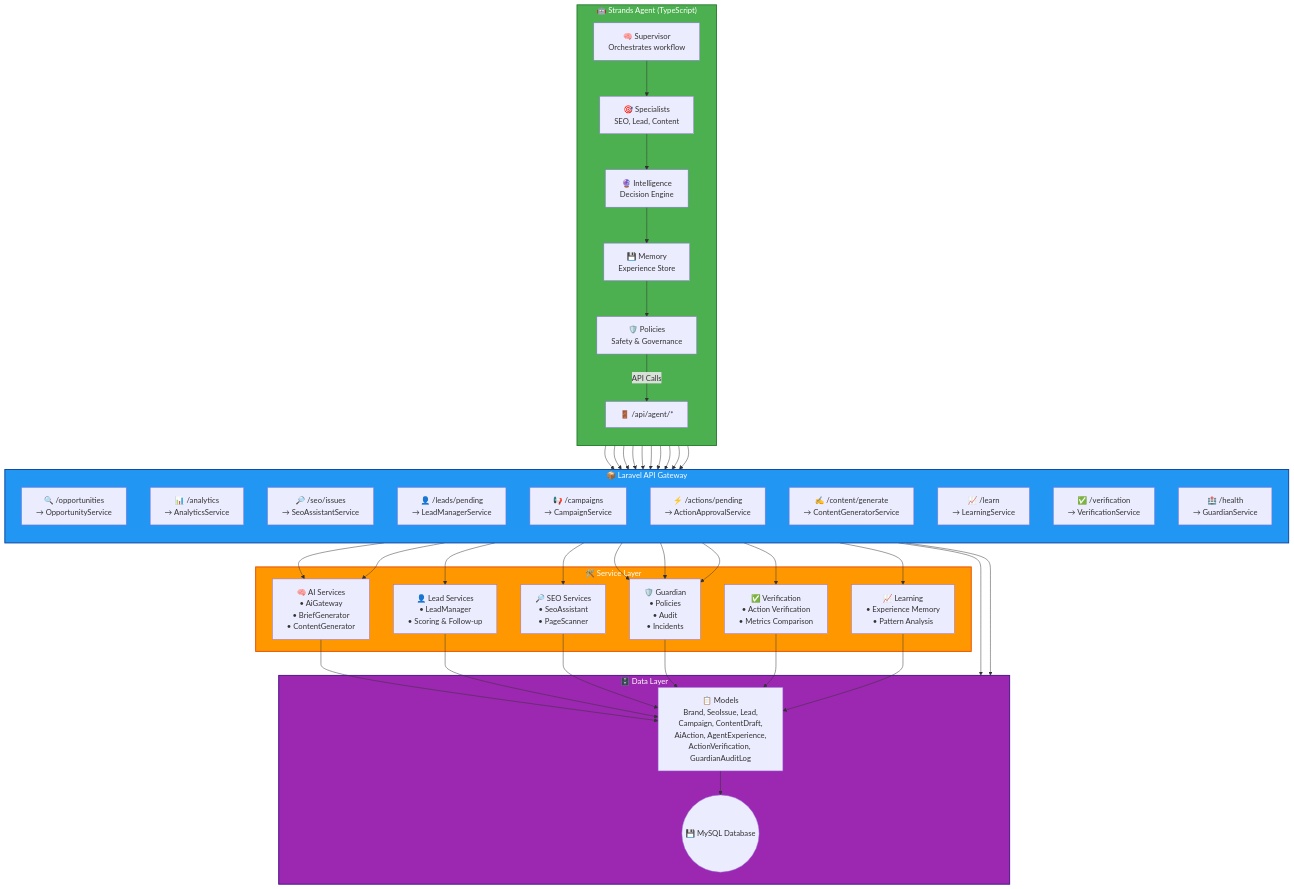
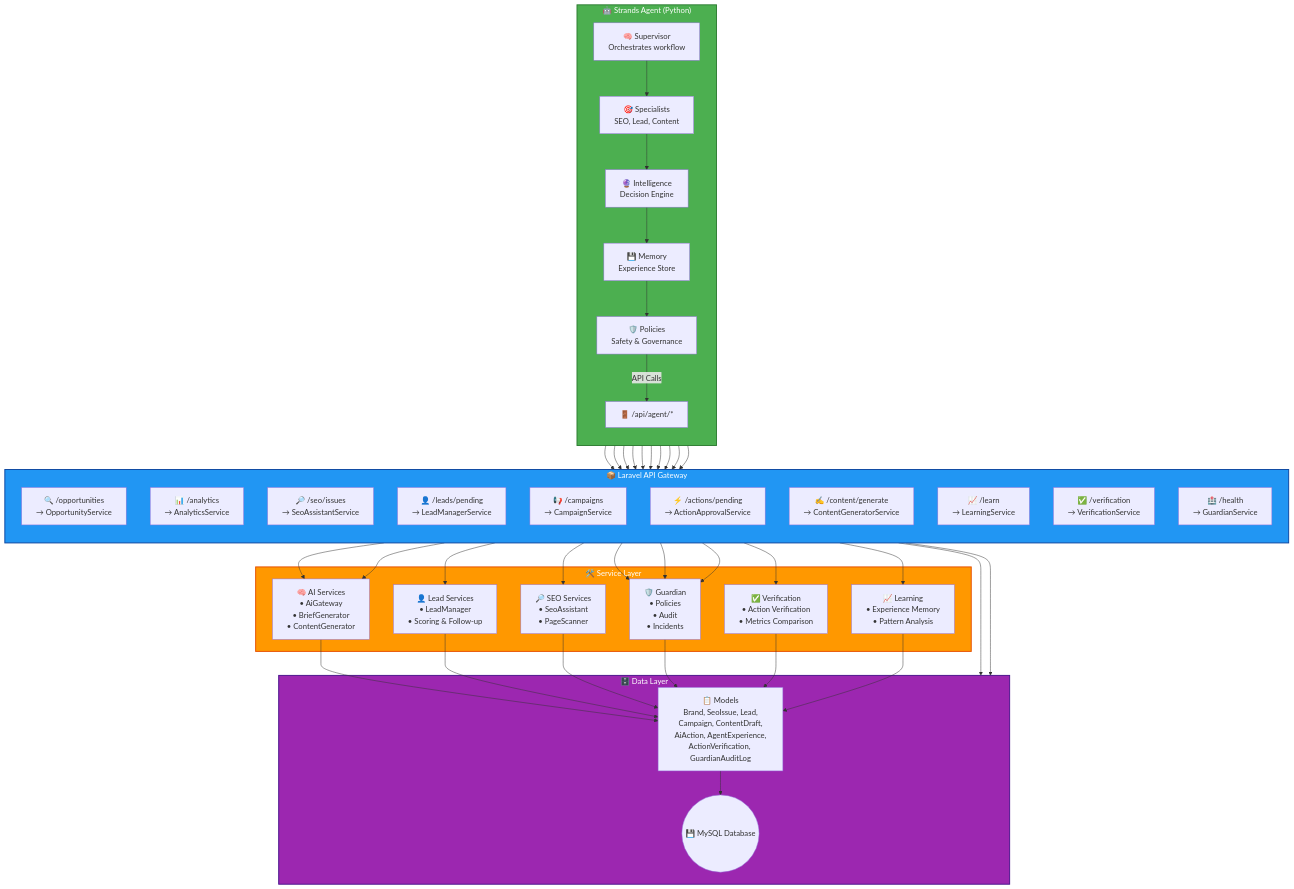
Before and after one commit to Dante-VIQ/marketting-app: the second of 2 diagrams in README.md, drawn with Mermaid.

Commit message:
README: agent is Python, not TypeScript
Claude-Session: https://claude.ai/code/session_014xPgm3G7M37qaDSn5DjsfU

````diff
--- a/README.md
+++ b/README.md
@@ -159,72 +159,72 @@
 ```mermaid
 graph TB
-    subgraph Agent["🤖 Strands Agent (TypeScript)"]
+    subgraph Agent["🤖 Strands Agent (Python)"]
         direction TB
         Supervisor["🧠 Supervisor\nOrchestrates workflow"]
         Specialists["🎯 Specialists\nSEO, Lead, Content"]
         Intelligence["🔮 Intelligence\nDecision Engine"]
         Memory["💾 Memory\nExperience Store"]
         Policies["🛡️ Policies\nSafety & Governance"]
 
         Supervisor --> Specialists
         Specialists --> Intelligence
         Intelligence --> Memory
         Memory --> Policies
         Policies -->|"API Calls"| Gateway
     end
 
     subgraph Laravel["📦 Laravel API Gateway"]
         direction TB
         Gateway["🚪 /api/agent/*"]
 
         Gateway --> Opportunities["🔍 /opportunities\n→ OpportunityService"]
         Gateway --> Analytics["📊 /analytics\n→ AnalyticsService"]
         Gateway --> SEO["🔎 /seo/issues\n→ SeoAssistantService"]
         Gateway --> Leads["👤 /leads/pending\n→ LeadManagerService"]
         Gateway --> Campaigns["📢 /campaigns\n→ CampaignService"]
         Gateway --> Actions["⚡ /actions/pending\n→ ActionApprovalService"]
         Gateway --> Content["✍️ /content/generate\n→ ContentGeneratorService"]
         Gateway --> Learn["📈 /learn\n→ LearningService"]
         Gateway --> Verify["✅ /verification\n→ VerificationService"]
         Gateway --> Health["🏥 /health\n→ GuardianService"]
     end
 
     subgraph Services["🛠️ Service Layer"]
         AI["🧠 AI Services\n• AiGateway\n• BriefGenerator\n• ContentGenerator"]
         Lead["👤 Lead Services\n• LeadManager\n• Scoring & Follow-up"]
         SEO_Svc["🔎 SEO Services\n• SeoAssistant\n• PageScanner"]
         Guardian["🛡️ Guardian\n• Policies\n• Audit\n• Incidents"]
         Verification["✅ Verification\n• Action Verification\n• Metrics Comparison"]
         Learning["📈 Learning\n• Experience Memory\n• Pattern Analysis"]
     end
 
     subgraph Data["🗄️ Data Layer"]
         Models["📋 Models\nBrand, SeoIssue, Lead,\nCampaign, ContentDraft,\nAiAction, AgentExperience,\nActionVerification, GuardianAuditLog"]
         DB(("💾 MySQL Database"))
     end
 
     Opportunities --> AI
     Opportunities --> Guardian
     Analytics --> Data
     SEO --> SEO_Svc
     Leads --> Lead
     Campaigns --> Data
     Actions --> Guardian
     Content --> AI
     Learn --> Learning
     Verify --> Verification
     Health --> Guardian
 
     AI --> Models
     Lead --> Models
     SEO_Svc --> Models
     Guardian --> Models
     Verification --> Models
     Learning --> Models
     Models --> DB
 
     style Agent fill:#4CAF50,color:#fff,stroke:#2E7D32,stroke-width:2px
     style Laravel fill:#2196F3,color:#fff,stroke:#0D47A1,stroke-width:2px
     style Services fill:#FF9800,color:#fff,stroke:#E65100,stroke-width:2px
     style Data fill:#9C27B0,color:#fff,stroke:#4A148C,stroke-width:2px
 ```
````
